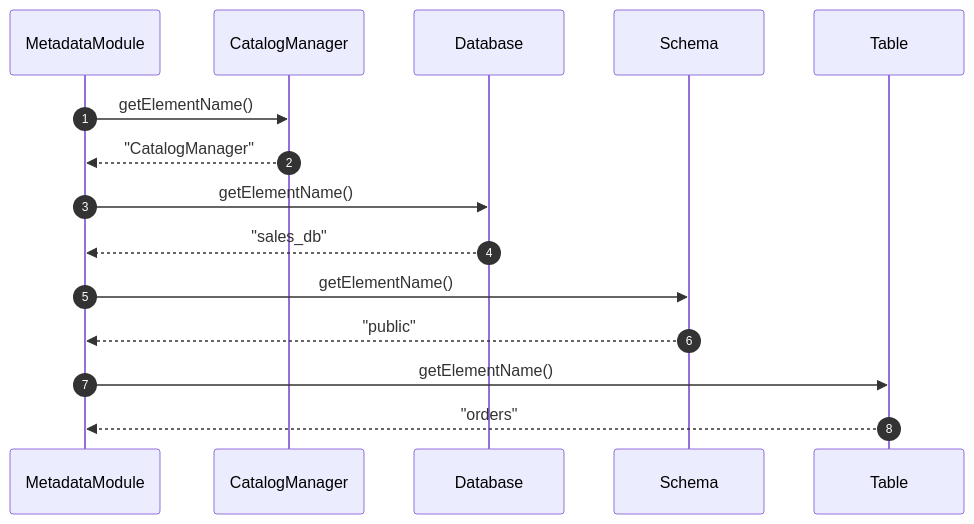
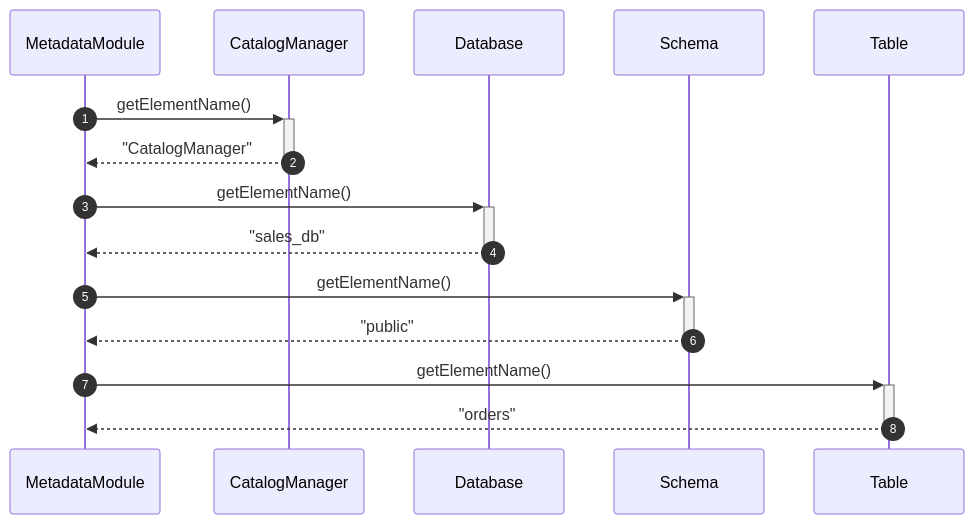
The third of 14 diagrams in docs/design_patterns/README.md (Dikhang1112/Database_Management_BBV), drawn with Mermaid before and after one commit. The commit also changed other lines of this file and 12 other files, not shown here.

Commit message:
Refactor sequece diagram

````diff
--- a/docs/design_patterns/README.md
+++ b/docs/design_patterns/README.md
@@ -580,18 +580,18 @@
 ```mermaid
 sequenceDiagram
     autonumber
     participant Module as MetadataModule
     participant CM as CatalogManager
     participant DB as Database
     participant Schema as Schema
     participant Table as Table
 
-    Module->>CM: getElementName()
-    CM-->>Module: "CatalogManager"
-    Module->>DB: getElementName()
-    DB-->>Module: "sales_db"
-    Module->>Schema: getElementName()
-    Schema-->>Module: "public"
-    Module->>Table: getElementName()
-    Table-->>Module: "orders"
+    Module->>+CM: getElementName()
+    CM-->>-Module: "CatalogManager"
+    Module->>+DB: getElementName()
+    DB-->>-Module: "sales_db"
+    Module->>+Schema: getElementName()
+    Schema-->>-Module: "public"
+    Module->>+Table: getElementName()
+    Table-->>-Module: "orders"
 ```
````
